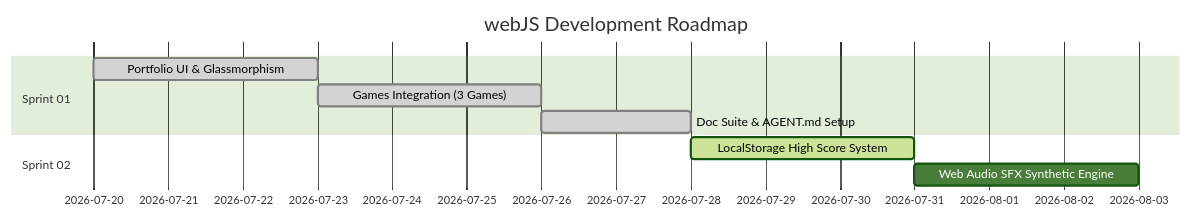
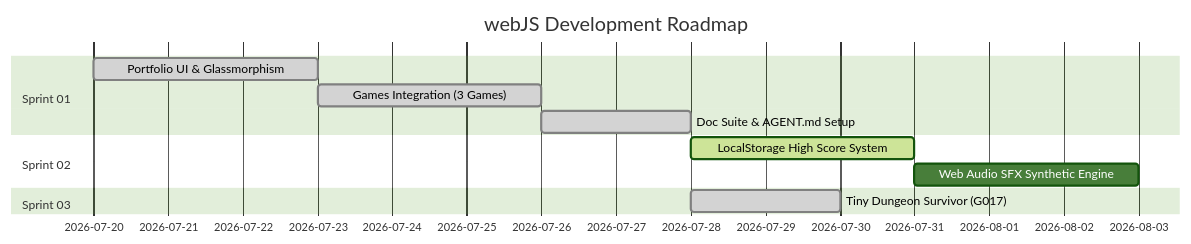
One commit to nopponaim603/webJS changed the diagram in docs/agile/02-sprint-planning.md. Above: the diagram before and after it, drawn with Mermaid (forest theme). The commit also changed other lines of this file and 8 other files, not shown here.

````diff
--- a/docs/agile/02-sprint-planning.md
+++ b/docs/agile/02-sprint-planning.md
@@ -18,12 +19,14 @@
 ```mermaid
 gantt
     title webJS Development Roadmap
     dateFormat  YYYY-MM-DD
     section Sprint 01
     Portfolio UI & Glassmorphism   :done, s1_1, 2026-07-20, 3d
     Games Integration (3 Games)     :done, s1_2, 2026-07-23, 3d
     Doc Suite & AGENT.md Setup      :done, s1_3, 2026-07-26, 2d
     section Sprint 02
     LocalStorage High Score System  :active, s2_1, 2026-07-28, 3d
     Web Audio SFX Synthetic Engine  :s2_2, 2026-07-31, 3d
+    section Sprint 03
+    Tiny Dungeon Survivor (G017)    :done, s3_1, 2026-07-28, 2d
 ```
````
